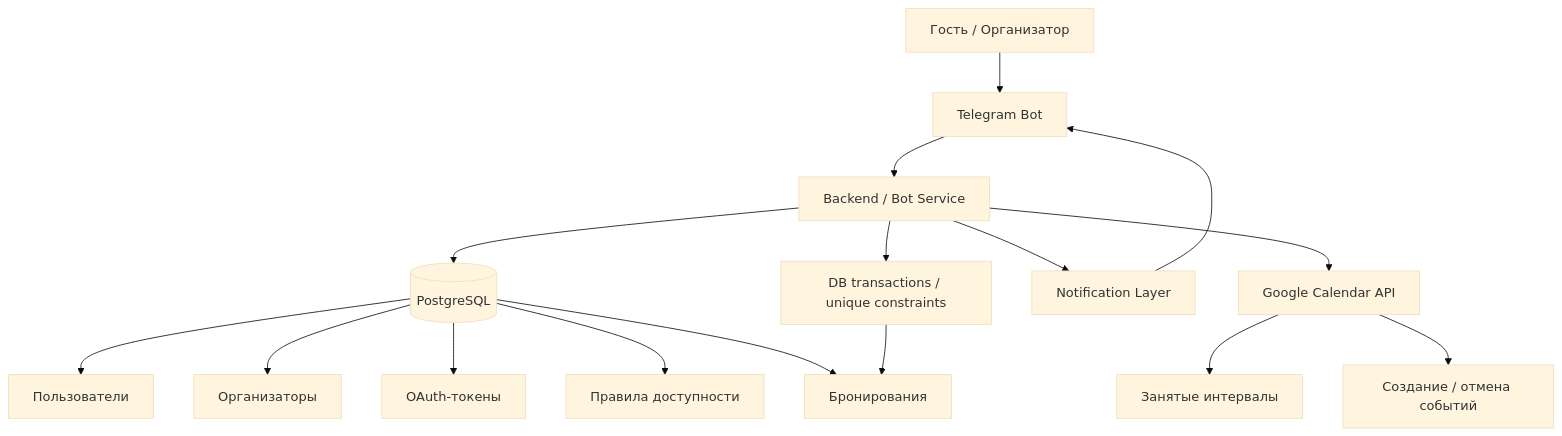
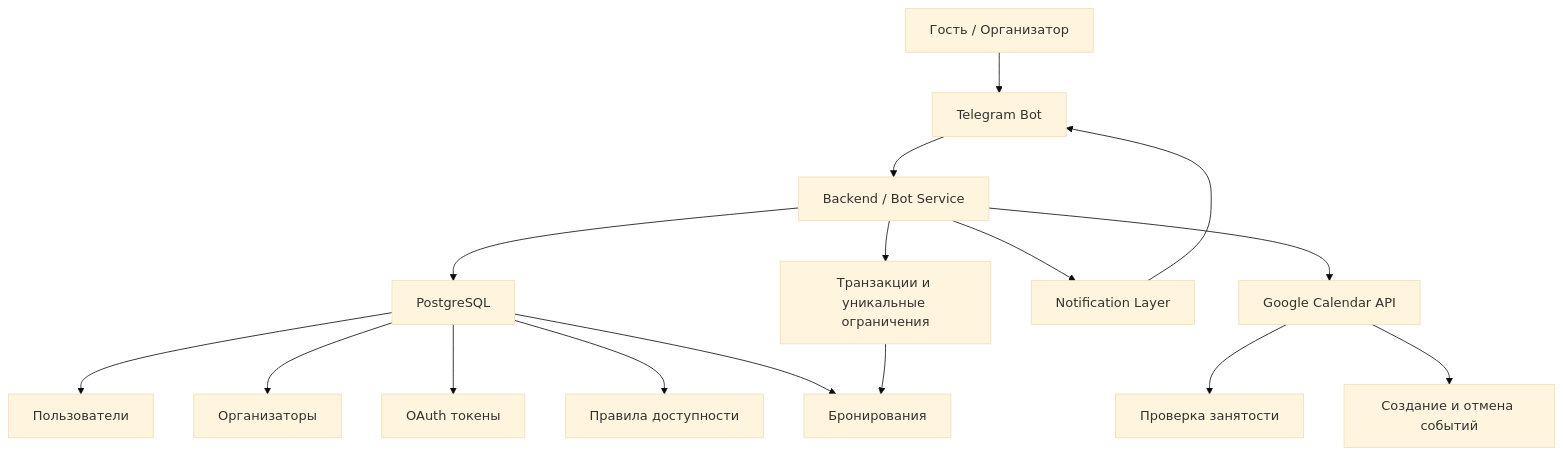
Before and after one commit to SergSof/calendar-booking-bot-architecture: the diagram in diagrams/architecture.md, drawn with Mermaid (base theme).

Commit message:
Refactor architecture diagram for clarity

````diff
--- a/diagrams/architecture.md
+++ b/diagrams/architecture.md
@@ -28,24 +28,24 @@
 ```mermaid
 flowchart TD
-    U[Гость / Организатор] --> TG[Telegram Bot]
+    USER["Гость / Организатор"] --> TG["Telegram Bot"]
 
-    TG --> BE[Backend / Bot Service]
+    TG --> BACKEND["Backend / Bot Service"]
 
-    BE --> DB[(PostgreSQL)]
-    BE --> GC[Google Calendar API]
-    BE --> N[Notification Layer]
+    BACKEND --> DB["PostgreSQL"]
+    BACKEND --> GOOGLE["Google Calendar API"]
+    BACKEND --> NOTIFY["Notification Layer"]
 
-    N --> TG
+    NOTIFY --> TG
 
-    DB --> USERS[Пользователи]
-    DB --> ORG[Организаторы]
-    DB --> TOKENS[OAuth-токены]
-    DB --> RULES[Правила доступности]
-    DB --> BOOKINGS[Бронирования]
+    DB --> USERS["Пользователи"]
+    DB --> ORG["Организаторы"]
+    DB --> TOKENS["OAuth токены"]
+    DB --> RULES["Правила доступности"]
+    DB --> BOOKINGS["Бронирования"]
 
-    GC --> BUSY[Занятые интервалы]
-    GC --> EVENT[Создание / отмена событий]
+    GOOGLE --> BUSY["Проверка занятости"]
+    GOOGLE --> EVENTS["Создание и отмена событий"]
 
-    BE --> LOCKS[DB transactions / unique constraints]
+    BACKEND --> LOCKS["Транзакции и уникальные ограничения"]
     LOCKS --> BOOKINGS
 ```
````
